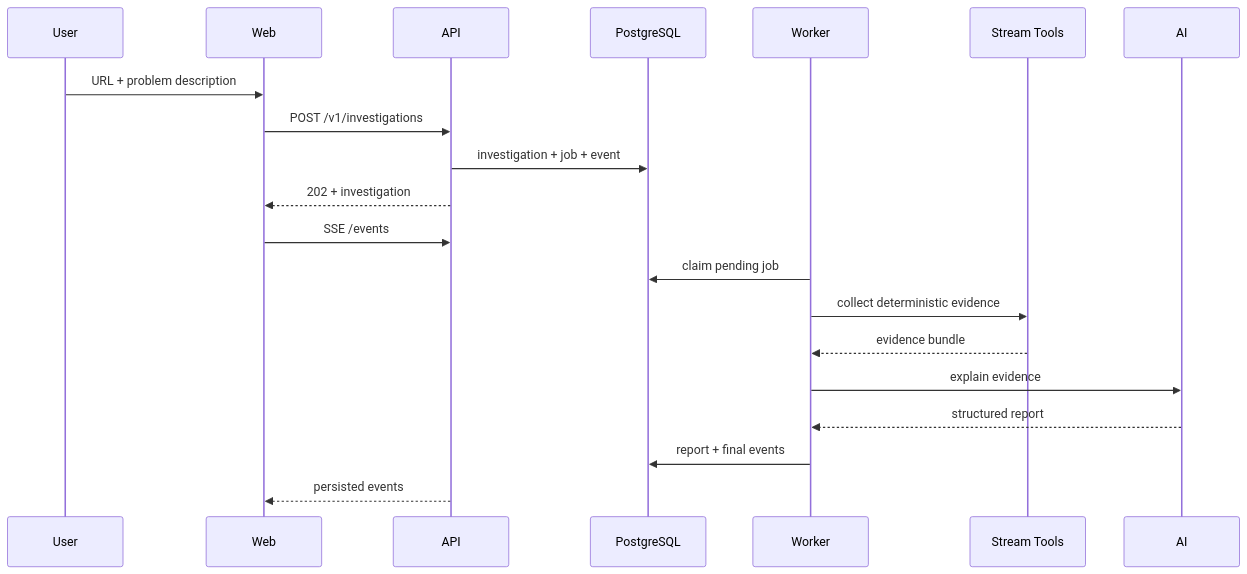
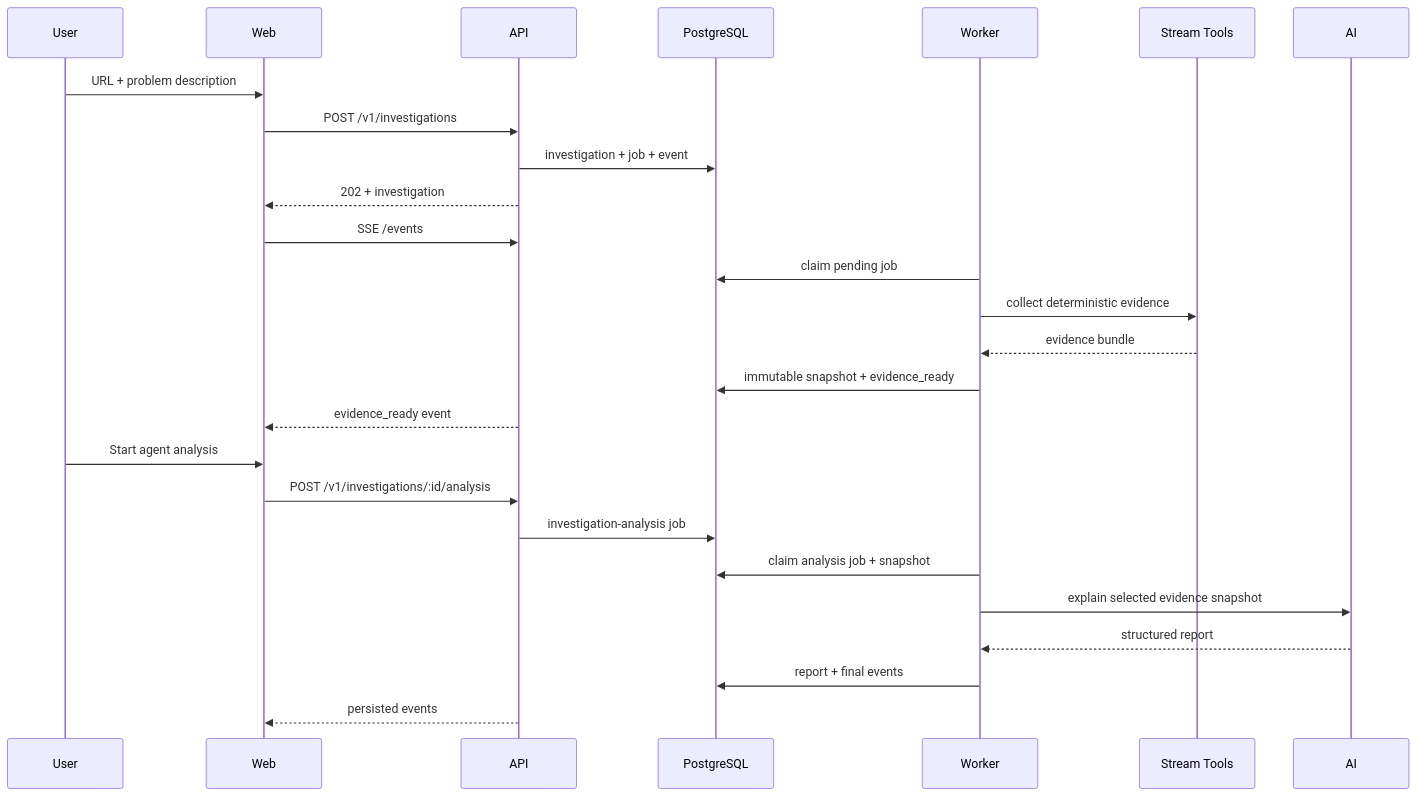
Before and after one commit to gugaio/videoharness: the third of 5 diagrams in docs/architecture/README.md, drawn with Mermaid. The commit also changed other lines of this file and 124 other files, not shown here.

````diff
--- a/docs/architecture/README.md
+++ b/docs/architecture/README.md
@@ -130,23 +152,29 @@
 ```mermaid
 sequenceDiagram
     participant U as User
     participant W as Web
     participant A as API
     participant D as PostgreSQL
     participant K as Worker
     participant T as Stream Tools
     participant I as AI
 
     U->>W: URL + problem description
     W->>A: POST /v1/investigations
     A->>D: investigation + job + event
     A-->>W: 202 + investigation
     W->>A: SSE /events
     K->>D: claim pending job
     K->>T: collect deterministic evidence
     T-->>K: evidence bundle
-    K->>I: explain evidence
+    K->>D: immutable snapshot + evidence_ready
+    A-->>W: evidence_ready event
+    U->>W: Start agent analysis
+    W->>A: POST /v1/investigations/:id/analysis
+    A->>D: investigation-analysis job
+    K->>D: claim analysis job + snapshot
+    K->>I: explain selected evidence snapshot
     I-->>K: structured report
     K->>D: report + final events
     A-->>W: persisted events
 ```
````
